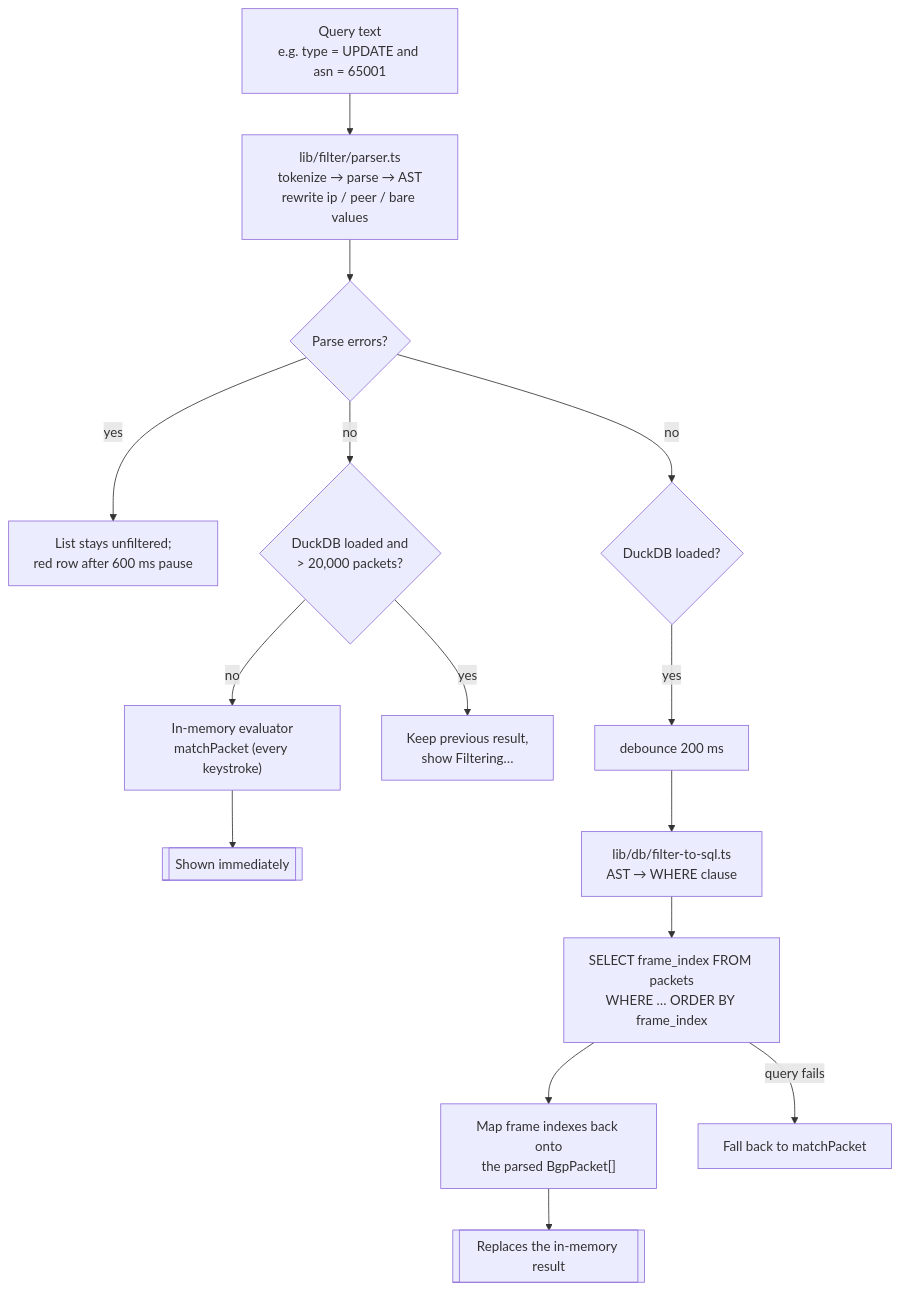
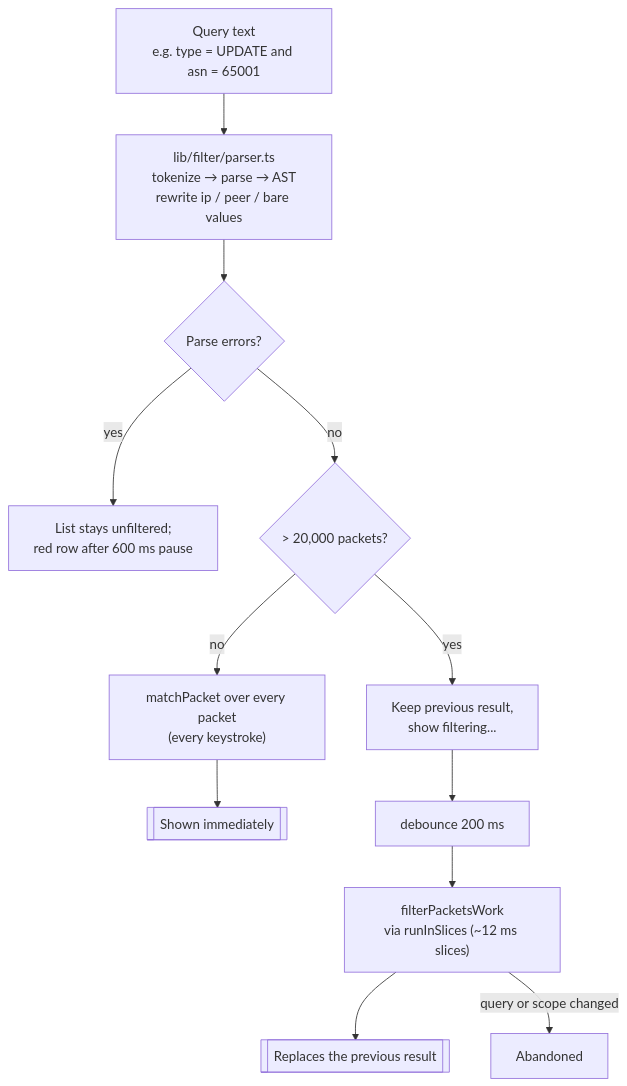
The eighth of 13 diagrams in docs/architecture.md (shmuto/bgpshark), drawn with Mermaid before and after one commit. The commit also changed other lines of this file and 12 other files, not shown here.

First line of the commit message:
Describe on-demand DuckDB and the single filter backend

````diff
--- a/docs/architecture.md
+++ b/docs/architecture.md
@@ -295,18 +298,14 @@
 ```mermaid
 flowchart TB
     q["Query text<br/>e.g. type = UPDATE and asn = 65001"] --> parse["lib/filter/parser.ts<br/>tokenize → parse → AST<br/>rewrite ip / peer / bare values"]
     parse --> err{"Parse errors?"}
     err -- "yes" --> red["List stays unfiltered;<br/>red row after 600 ms pause"]
-    err -- "no" --> mem{"DuckDB loaded and<br/>> 20,000 packets?"}
+    err -- "no" --> size{"> 20,000 packets?"}
 
-    mem -- "no" --> sync["In-memory evaluator<br/>matchPacket (every keystroke)"]
+    size -- "no" --> sync["matchPacket over every packet<br/>(every keystroke)"]
     sync --> shown[["Shown immediately"]]
-    mem -- "yes" --> keep["Keep previous result,<br/>show Filtering…"]
-
-    err -- "no" --> sqlq{"DuckDB loaded?"}
-    sqlq -- "yes" --> deb["debounce 200 ms"] --> tosql["lib/db/filter-to-sql.ts<br/>AST → WHERE clause"]
-    tosql --> duck["SELECT frame_index FROM packets<br/>WHERE … ORDER BY frame_index"]
-    duck --> resolve["Map frame indexes back onto<br/>the parsed BgpPacket[]"]
-    resolve --> shown2[["Replaces the in-memory result"]]
-    duck -- "query fails" --> fallback["Fall back to matchPacket"]
+    size -- "yes" --> keep["Keep previous result,<br/>show filtering..."]
+    keep --> deb["debounce 200 ms"] --> sliced["filterPacketsWork<br/>via runInSlices (~12 ms slices)"]
+    sliced --> shown2[["Replaces the previous result"]]
+    sliced -- "query or scope changed" --> abort["Abandoned"]
 ```
````
